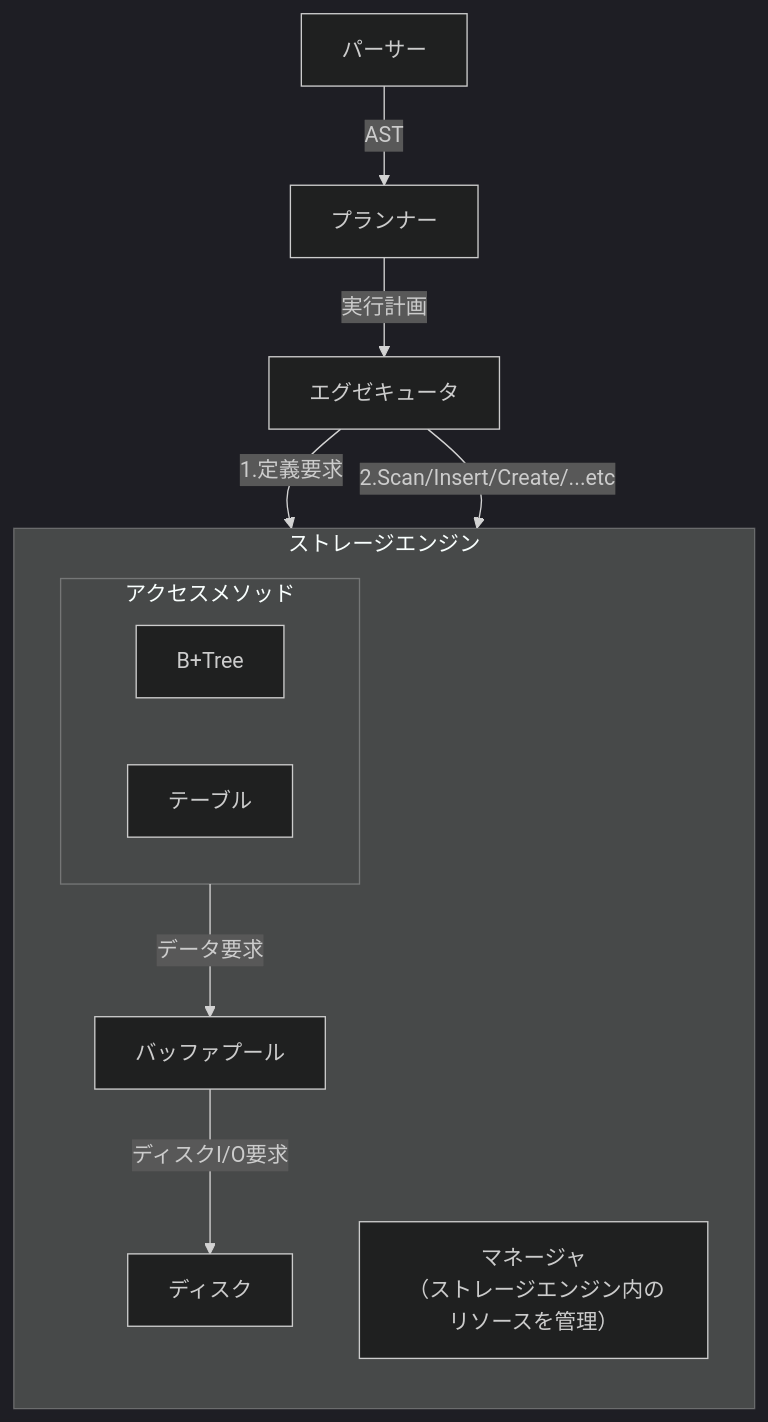
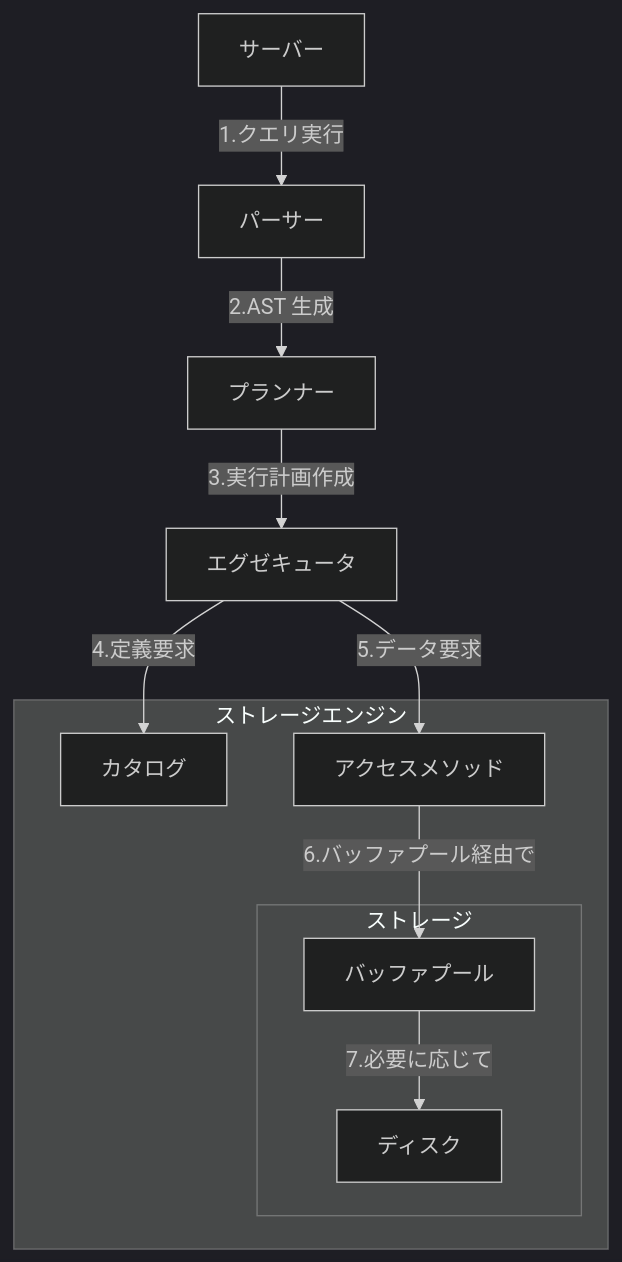
One commit to ren-yamanashi/minesql changed the diagram in docs/architecture/overview.md. Above: the diagram before and after it, drawn with Mermaid (dark theme). The commit also changed other lines of this file and 178 other files, not shown here.

````diff
--- a/docs/architecture/overview.md
+++ b/docs/architecture/overview.md
@@ -17,18 +16,26 @@
 ```mermaid
 graph TD
-    parser[パーサー] --AST--> planner[プランナー]
-    planner --実行計画-->executor[エグゼキュータ]
-    executor --1.定義要求--> manager[マネージャ]
-    executor --2.Scan/Insert/Create/...etc--> accessMethod[アクセスメソッド]
+    server[サーバー]
+    parser[パーサー]
+    planner[プランナー]
+    executor[エグゼキュータ]
+
+    server --1.クエリ実行--> parser
+    parser --2.AST 生成--> planner
+    planner --3.実行計画作成--> executor
+    executor --4.定義要求--> catalog
+    executor --5.データ要求--> access
+    access --6.バッファプール経由で--> bufferpool
 
     subgraph storageEngine[ストレージエンジン]
-        direction TB
-        subgraph accessMethod[アクセスメソッド]
-            b-tree[B+Tree]
-            table[テーブル]
+        catalog[カタログ]
+        access[アクセスメソッド]
+
+        subgraph storage[ストレージ]
+            bufferpool[バッファプール]
+            disk[ディスク]
+
+            bufferpool --7.必要に応じて--> disk
         end
-        manager[マネージャ<br/> （ストレージエンジン内のリソースを管理）]
-        accessMethod[アクセスメソッド] --データ要求-->bufferPool[バッファプール]
-        bufferPool --ディスクI/O要求-->diskManager[ディスク]
     end
 ```
````
